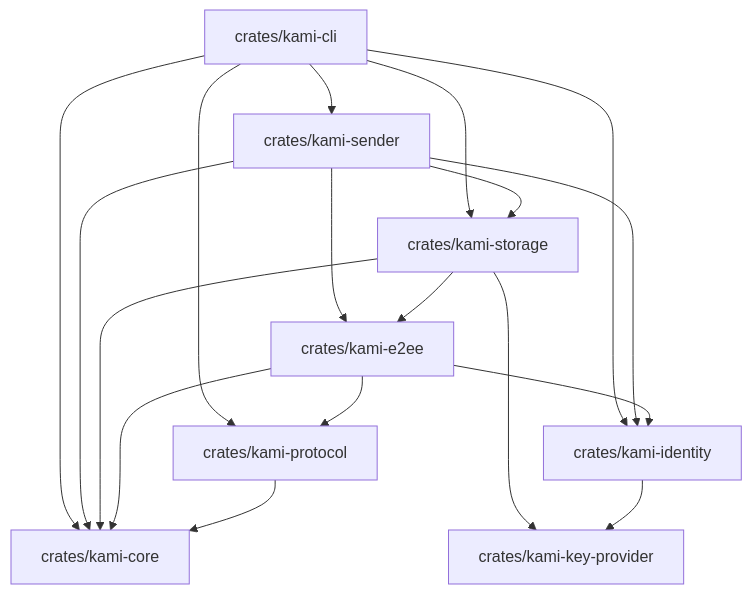
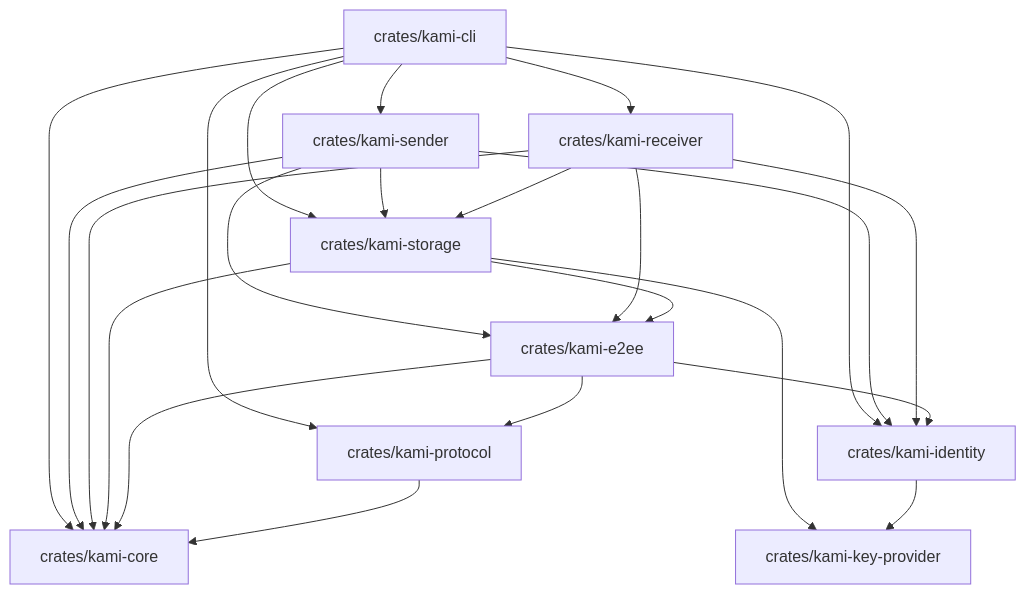
Before and after one commit to PraxiSophia/kami: the diagram in knowledge/Code Analyzing/Code Analysis Home.md, drawn with Mermaid. The commit also changed other lines of this file and 49 other files, not shown here.

Commit message:
Implement KAMI-25 receiver lifecycle and documentation

````diff
--- a/knowledge/Code Analyzing/Code Analysis Home.md
+++ b/knowledge/Code Analyzing/Code Analysis Home.md
@@ -83,24 +94,30 @@
 ```mermaid
 graph TD
     CLI[crates/kami-cli] --> CORE[crates/kami-core]
     CLI --> PROTO[crates/kami-protocol]
     CLI --> STORAGE[crates/kami-storage]
     CLI --> IDENTITY[crates/kami-identity]
     CLI --> SENDER[crates/kami-sender]
+    CLI --> RECEIVER[crates/kami-receiver]
 
     SENDER --> CORE
     SENDER --> STORAGE
     SENDER --> E2EE[crates/kami-e2ee]
     SENDER --> IDENTITY
+
+    RECEIVER --> CORE
+    RECEIVER --> STORAGE
+    RECEIVER --> E2EE
+    RECEIVER --> IDENTITY
 
     STORAGE --> CORE
     STORAGE --> KEYPROV[crates/kami-key-provider]
     STORAGE --> E2EE
 
     E2EE --> CORE
     E2EE --> IDENTITY
     E2EE --> PROTO
 
     IDENTITY --> KEYPROV
     PROTO --> CORE
 ```
````
